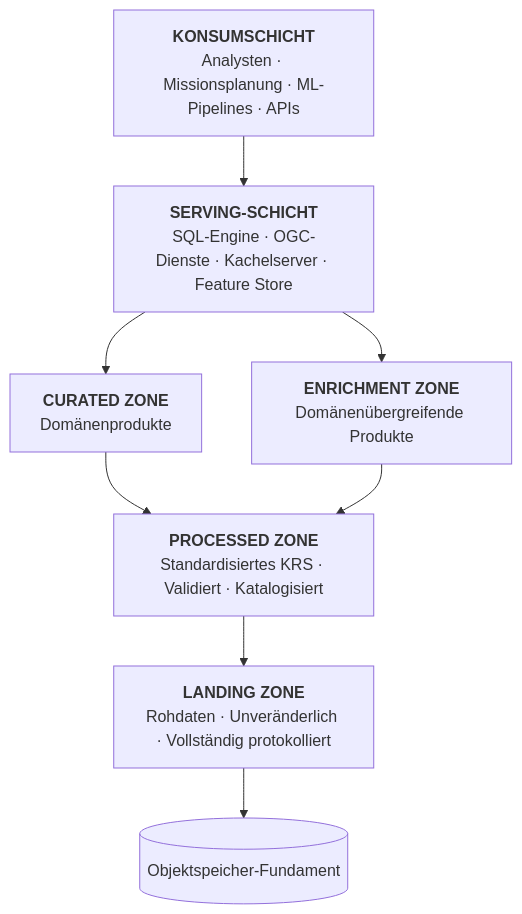
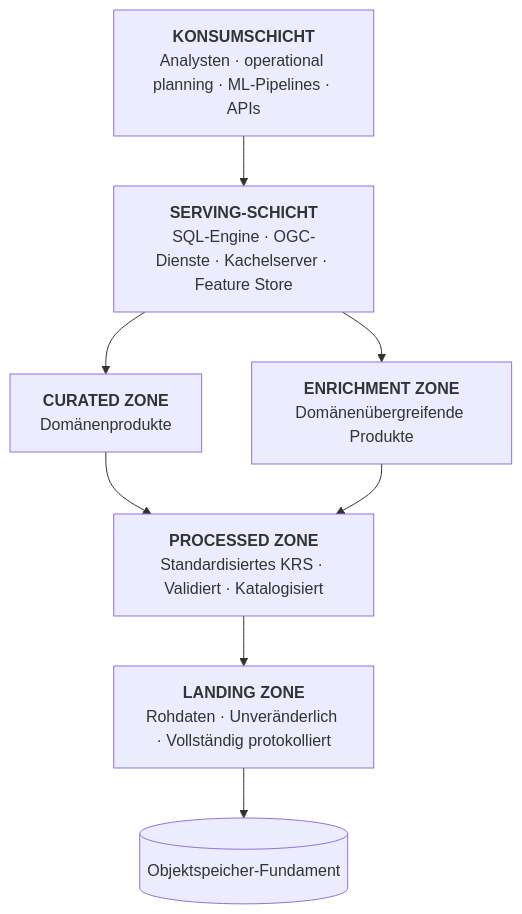
The first of 2 diagrams in docs/07-logical-architecture.md (marcosci/dashi), drawn with Mermaid before and after one commit. The commit also changed other lines of this file and 36 other files, not shown here.

````diff
--- a/docs/07-logical-architecture.md
+++ b/docs/07-logical-architecture.md
@@ -13,17 +13,17 @@
 ```mermaid
 flowchart TB
-    K["<b>KONSUMSCHICHT</b><br/>Analysten · Missionsplanung · ML-Pipelines · APIs"]
+    K["<b>KONSUMSCHICHT</b><br/>Analysten · operational planning · ML-Pipelines · APIs"]
     S["<b>SERVING-SCHICHT</b><br/>SQL-Engine · OGC-Dienste · Kachelserver · Feature Store"]
     C["<b>CURATED ZONE</b><br/>Domänenprodukte"]
     E["<b>ENRICHMENT ZONE</b><br/>Domänenübergreifende Produkte"]
     P["<b>PROCESSED ZONE</b><br/>Standardisiertes KRS · Validiert · Katalogisiert"]
     L["<b>LANDING ZONE</b><br/>Rohdaten · Unveränderlich · Vollständig protokolliert"]
     O[("Objektspeicher-Fundament")]
     K --> S
     S --> C
     S --> E
     C --> P
     E --> P
     P --> L
     L --> O
 ```
````
